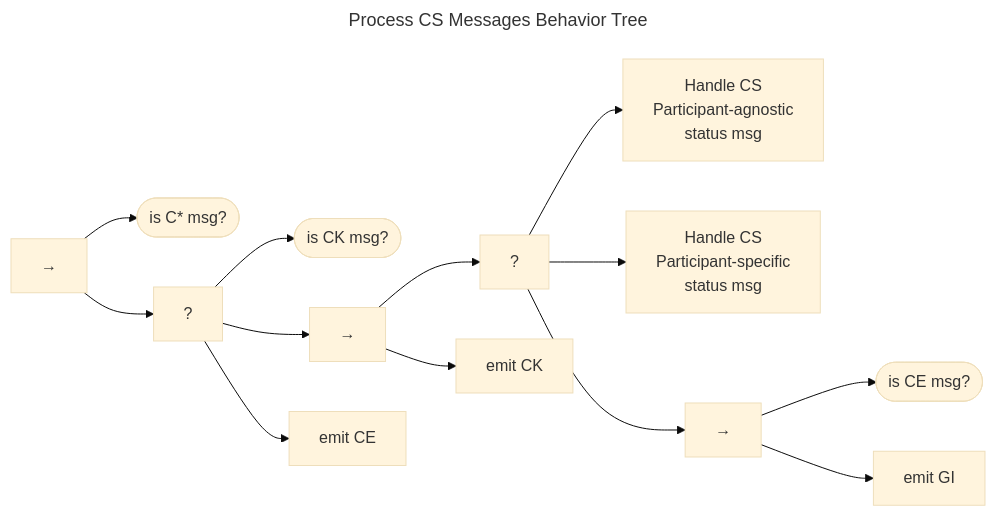
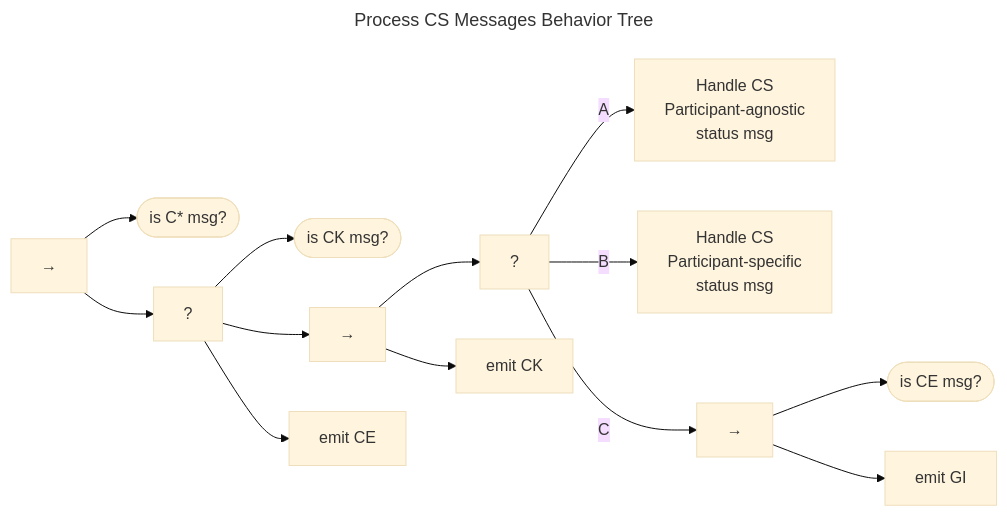
Before and after one commit to CERTCC/Vultron: the first of 3 diagrams in docs/topics/behavior_logic/msg_cs_bt.md, drawn with Mermaid (base theme). The commit also changed other lines of this file and 16 other files, not shown here.

````diff
--- a/docs/topics/behavior_logic/msg_cs_bt.md
+++ b/docs/topics/behavior_logic/msg_cs_bt.md
@@ -5,31 +5,31 @@
 ```mermaid
 ---
 title: Process CS Messages Behavior Tree
 ---
 flowchart LR
     seq["&rarr;"]
     is_C_msg(["is C* msg?"])
     seq --> is_C_msg
     fb["?"]
     seq --> fb
     is_CK_msg(["is CK msg?"])
     fb --> is_CK_msg
     seq2["&rarr;"]
     fb --> seq2
     fb2["?"]
     seq2 --> fb2
     cs_global["Handle CS<br/>Participant-agnostic<br/>status msg"]
-    fb2 --> cs_global
+    fb2 -->|A| cs_global
     cs_pspec["Handle CS<br/>Participant-specific<br/>status msg"]
-    fb2 --> cs_pspec
+    fb2 -->|B| cs_pspec
     err_seq["&rarr;"]
-    fb2 --> err_seq
+    fb2 -->|C| err_seq
     is_ce_msg(["is CE msg?"])
     err_seq --> is_ce_msg
     emit_gi["emit GI"]
     err_seq --> emit_gi
     emit_ck["emit CK"]
     seq2 --> emit_ck
     emit_ce["emit CE"]
     fb --> emit_ce
 ```
````
